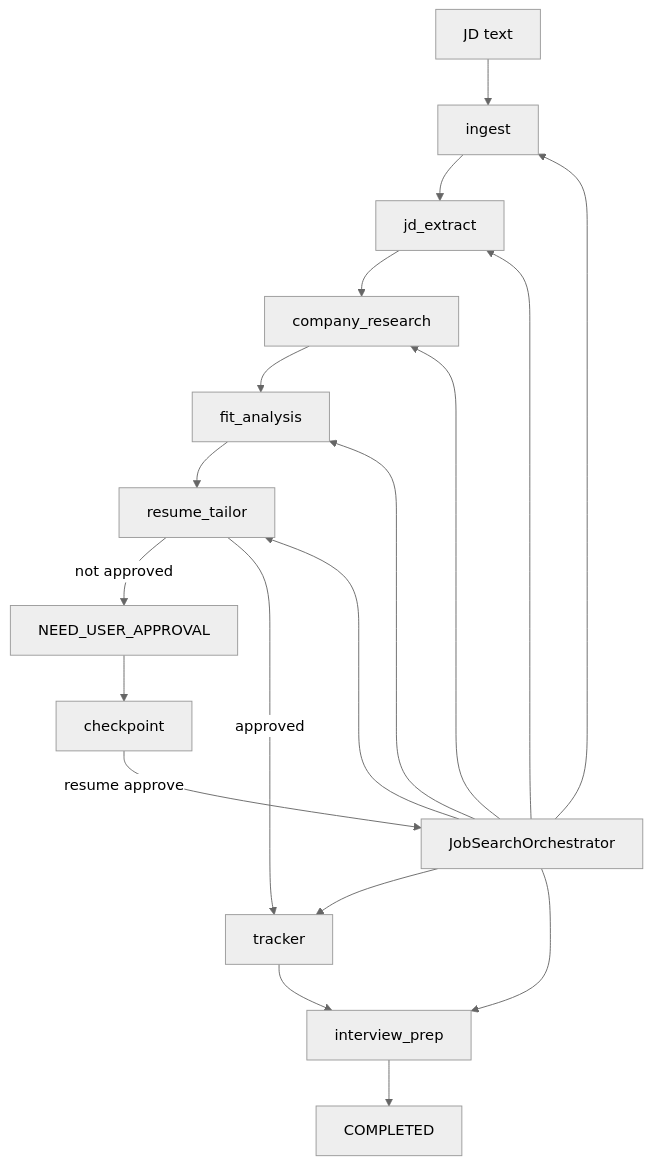
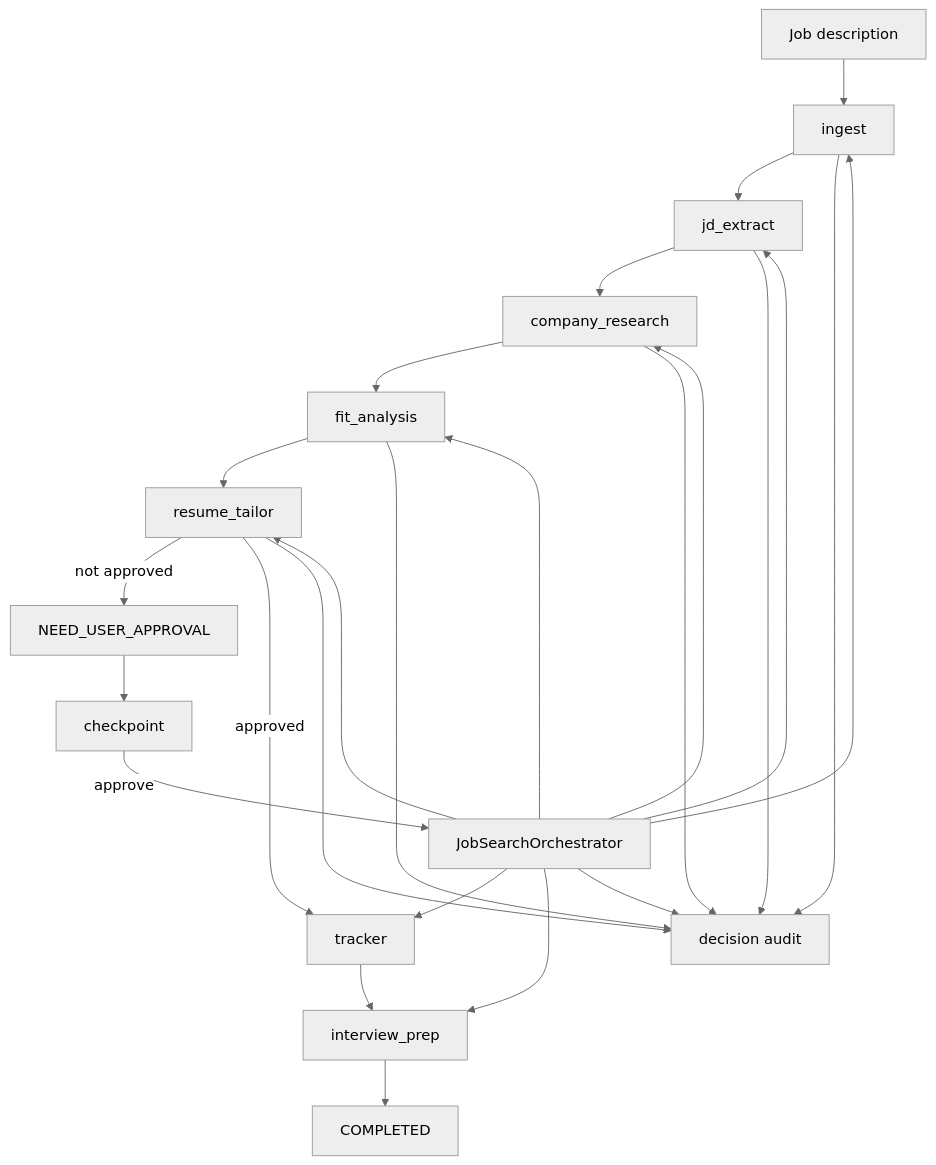
The diagram in README.md (yanxuantong/multi-agent-job-search-platform), drawn with Mermaid (neutral theme) before and after one commit. The commit also changed other lines of this file, not shown here.

First line of the commit message:
Position JobAgent as an agent-system portfolio artifact

````diff
--- a/README.md
+++ b/README.md
@@ -126,21 +52,27 @@
 ```mermaid
 flowchart TD
-  A["JD text"] --> B["ingest"]
+  A["Job description"] --> B["ingest"]
   O["JobSearchOrchestrator"] --> B
   O --> C["jd_extract"]
   O --> D["company_research"]
   O --> E["fit_analysis"]
   O --> F["resume_tailor"]
   B --> C
   C --> D
   D --> E
   E --> F
   F -->|not approved| G["NEED_USER_APPROVAL"]
   G --> K["checkpoint"]
-  K -->|resume approve| O
-  F -->|approved| H
-  O --> H["tracker"]
+  K -->|approve| O
+  F -->|approved| H["tracker"]
+  O --> H
   H --> I["interview_prep"]
   O --> I
   I --> J["COMPLETED"]
+  O --> T["decision audit"]
+  B --> T
+  C --> T
+  D --> T
+  E --> T
+  F --> T
 ```
````
